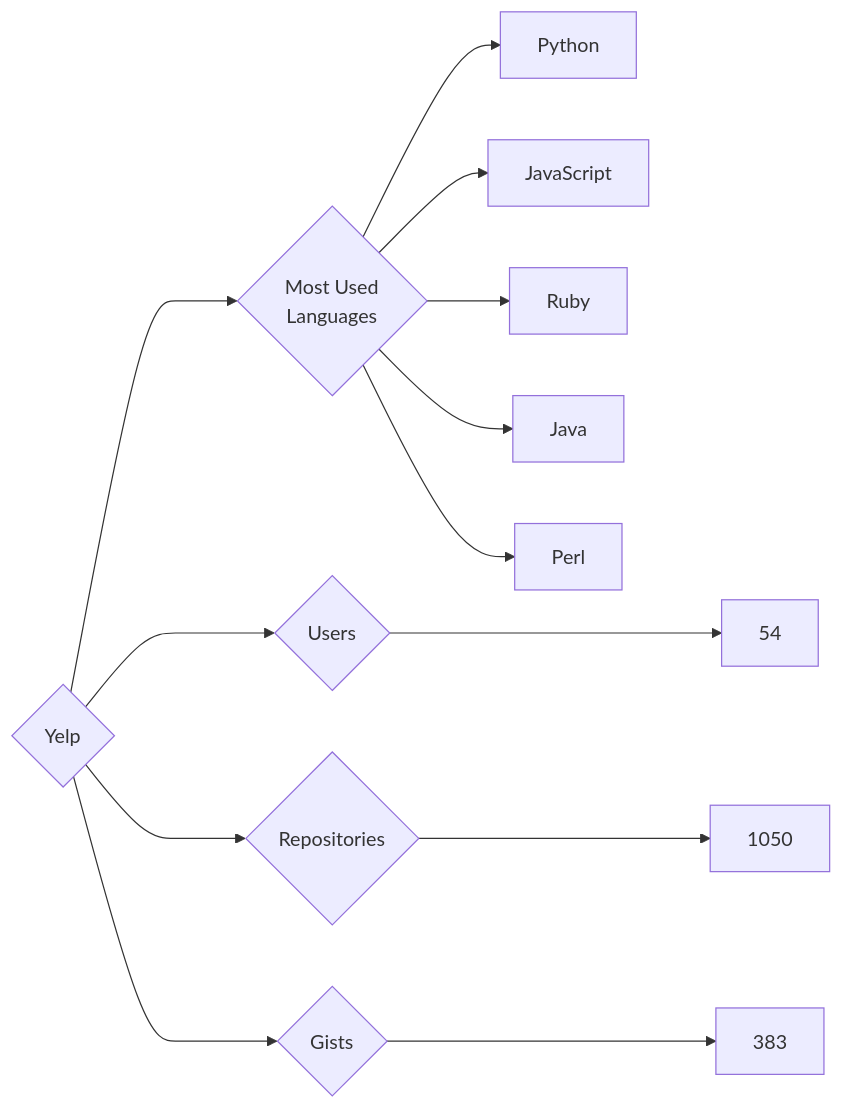
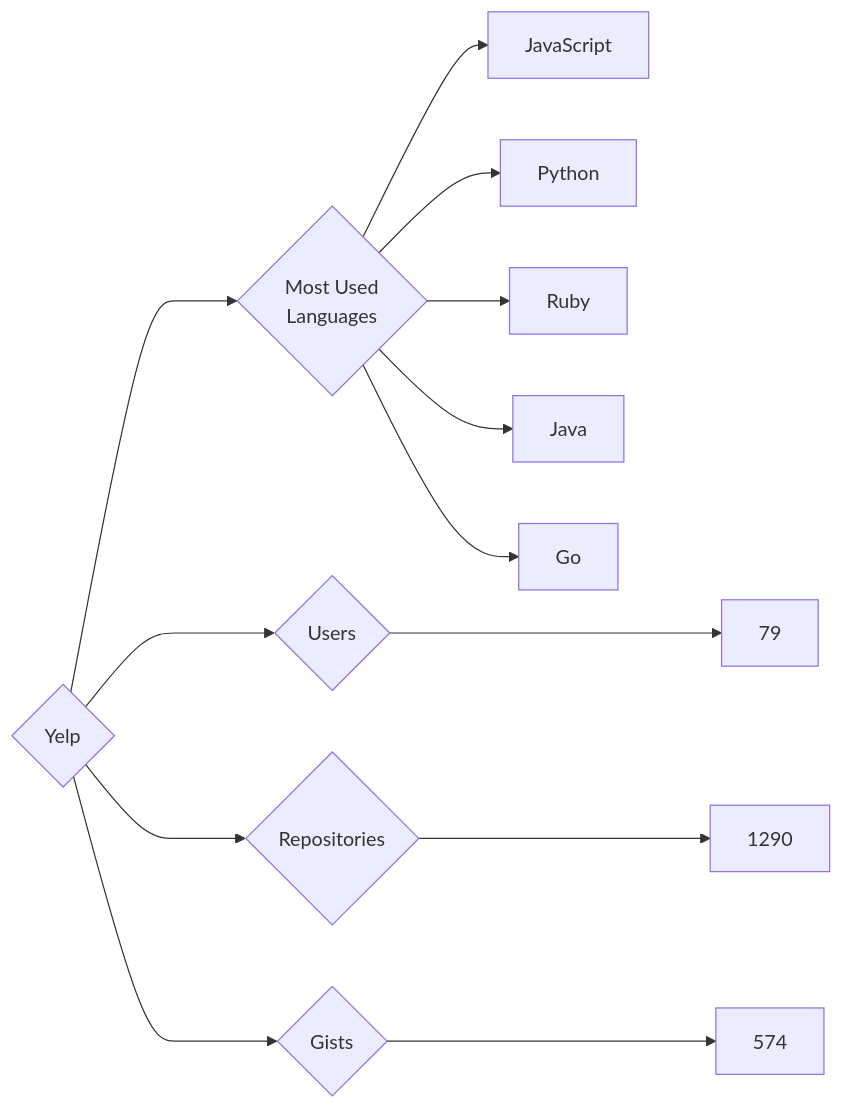
Before and after one commit to trickest/insiders: the diagram in targets/Yelp/README.md, drawn with Mermaid. The commit also changed 976 other files, not shown here.

````diff
--- a/targets/Yelp/README.md
+++ b/targets/Yelp/README.md
@@ -3,13 +3,13 @@
 ```mermaid
 graph LR
 COMPANY_NAME{Yelp}
-COMPANY_NAME ---> U{Users} ---> UN[54]
-COMPANY_NAME ---> R{Repositories} ---> RN[1050]
-COMPANY_NAME ---> G{Gists} ---> GN[383]
+COMPANY_NAME ---> U{Users} ---> UN[79]
+COMPANY_NAME ---> R{Repositories} ---> RN[1290]
+COMPANY_NAME ---> G{Gists} ---> GN[574]
 COMPANY_NAME ---> ML{Most Used<br>Languages}
+ML --> JavaScript[JavaScript]
 ML --> Python[Python]
-ML --> JavaScript[JavaScript]
 ML --> Ruby[Ruby]
 ML --> Java[Java]
-ML --> Perl[Perl]
+ML --> Go[Go]
 ```
````
